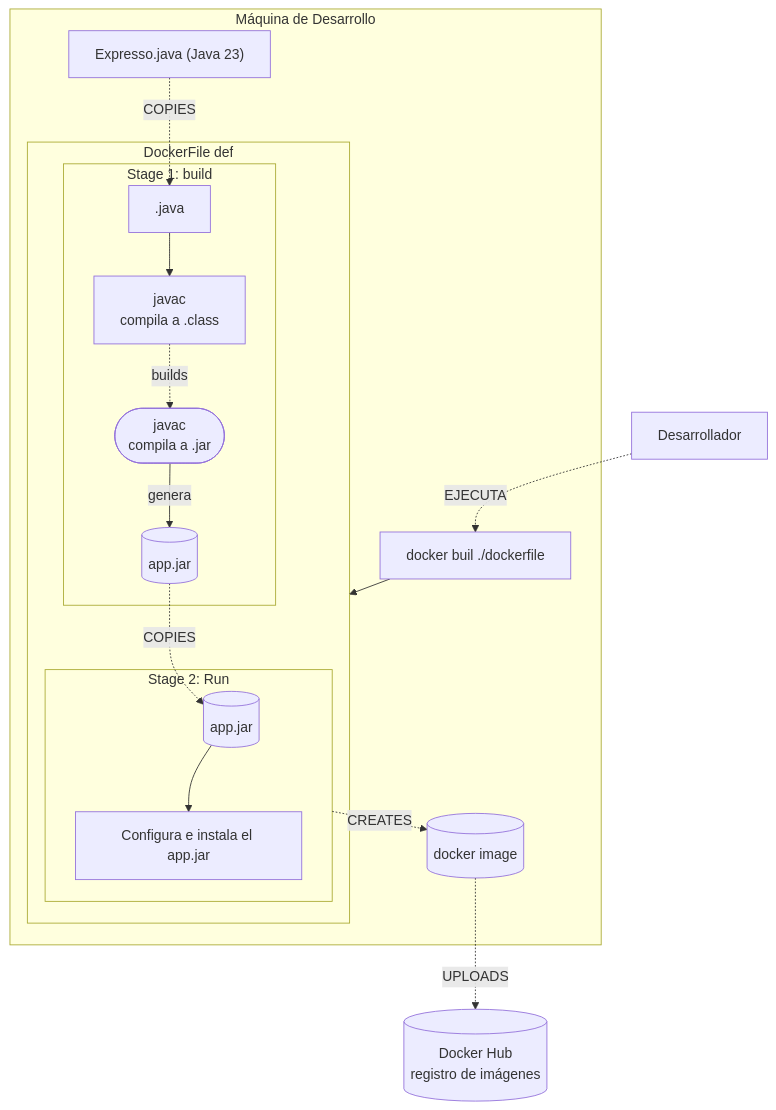
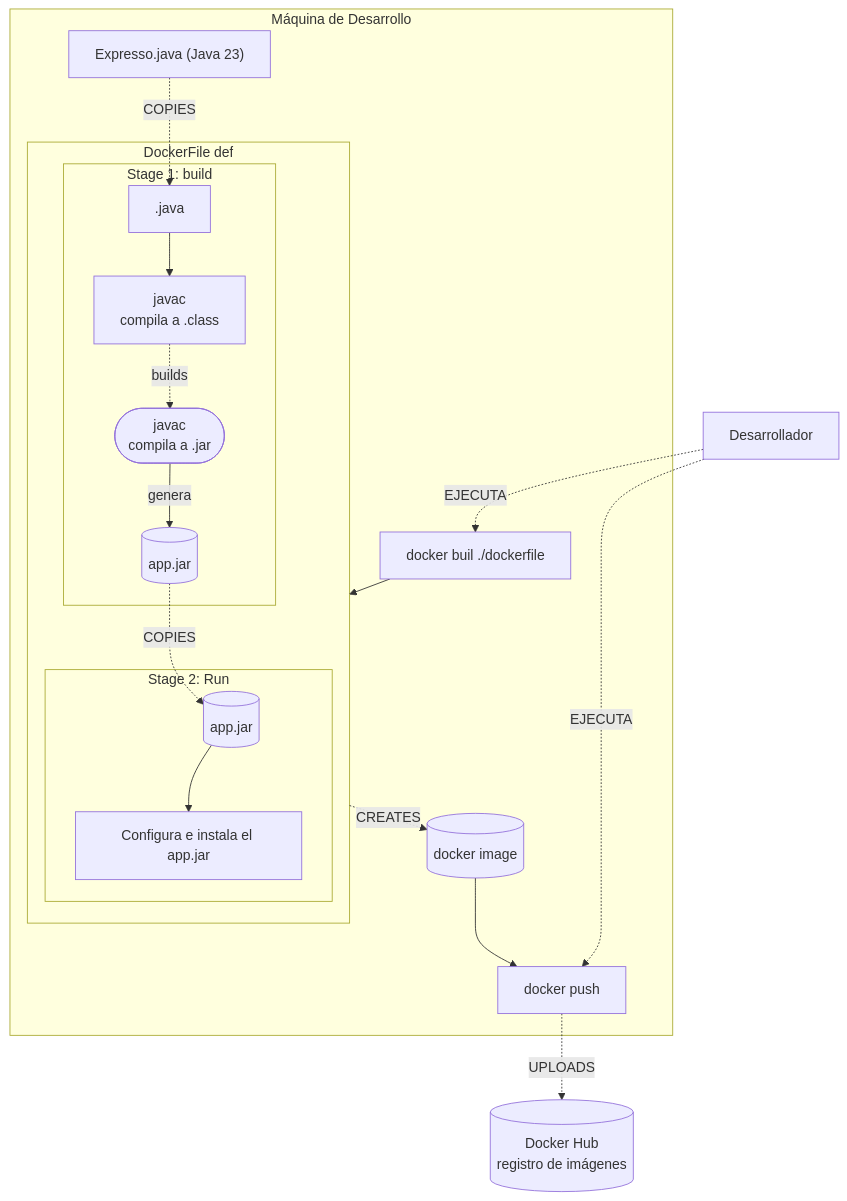
Before and after one commit to anthonyOviedo/Expresso: the diagram in CICD.mmd, drawn with Mermaid.

```diff
--- a/CICD.mmd
+++ b/CICD.mmd
@@ -1,43 +1,47 @@
 flowchart TD
   %% =========================
   %% Sección: Build local
   %% =========================
       Desarrollador -. "EJECUTA" .-> DF
+      Desarrollador -. "EJECUTA" .-> CM
+      
 
   subgraph Dev["Máquina de Desarrollo"]
     A["Expresso.java (Java 23)"]
     DF["docker buil ./dockerfile "]
 
     A-.COPIES.->B3
 
     DF --> Docker
 
     subgraph Docker["DockerFile def"]
 
 
     subgraph BuildStage["Stage 1: build"]
       B3[".java"]
       B3-->B1
       B1["javac\ncompila a .class"]
       B2(["javac\ncompila a .jar"])
       B1 -. "builds" .-> B2
       JAR2[(app.jar)]
     end
 
     subgraph RunStage2["Stage 2: Run"]
       B2 -->|genera| JAR2[(app.jar)]
       JAR[(app.jar)]
       G["Configura e instala el app.jar"]
     end
     JAR-->G
     end
 
     JAR2-.COPIES.->JAR
 
-  RunStage2 -.CREATES.->IMG[(docker image)]
+   Docker-.CREATES.->IMG[(docker image)]
+    IMG-->CM[docker push]
+
   %% Imagen de Docker y Push
   end
-  IMG -.UPLOADS.-> DHUB[("Docker Hub\nregistro de imágenes")]
+   CM-.UPLOADS.-> DHUB[("Docker Hub\nregistro de imágenes")]
 
 
   %% Notas/Relaciones
```
